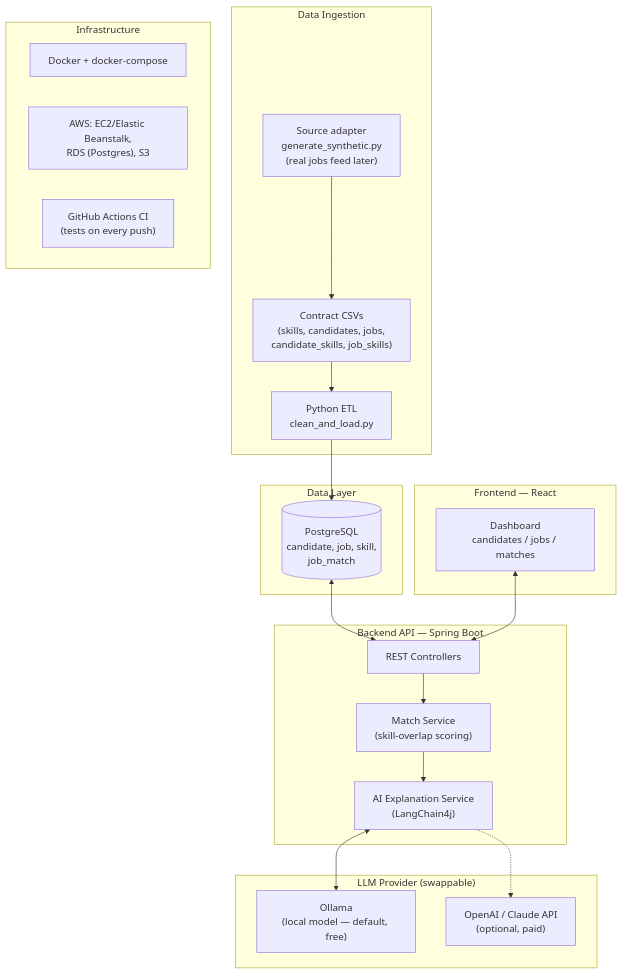
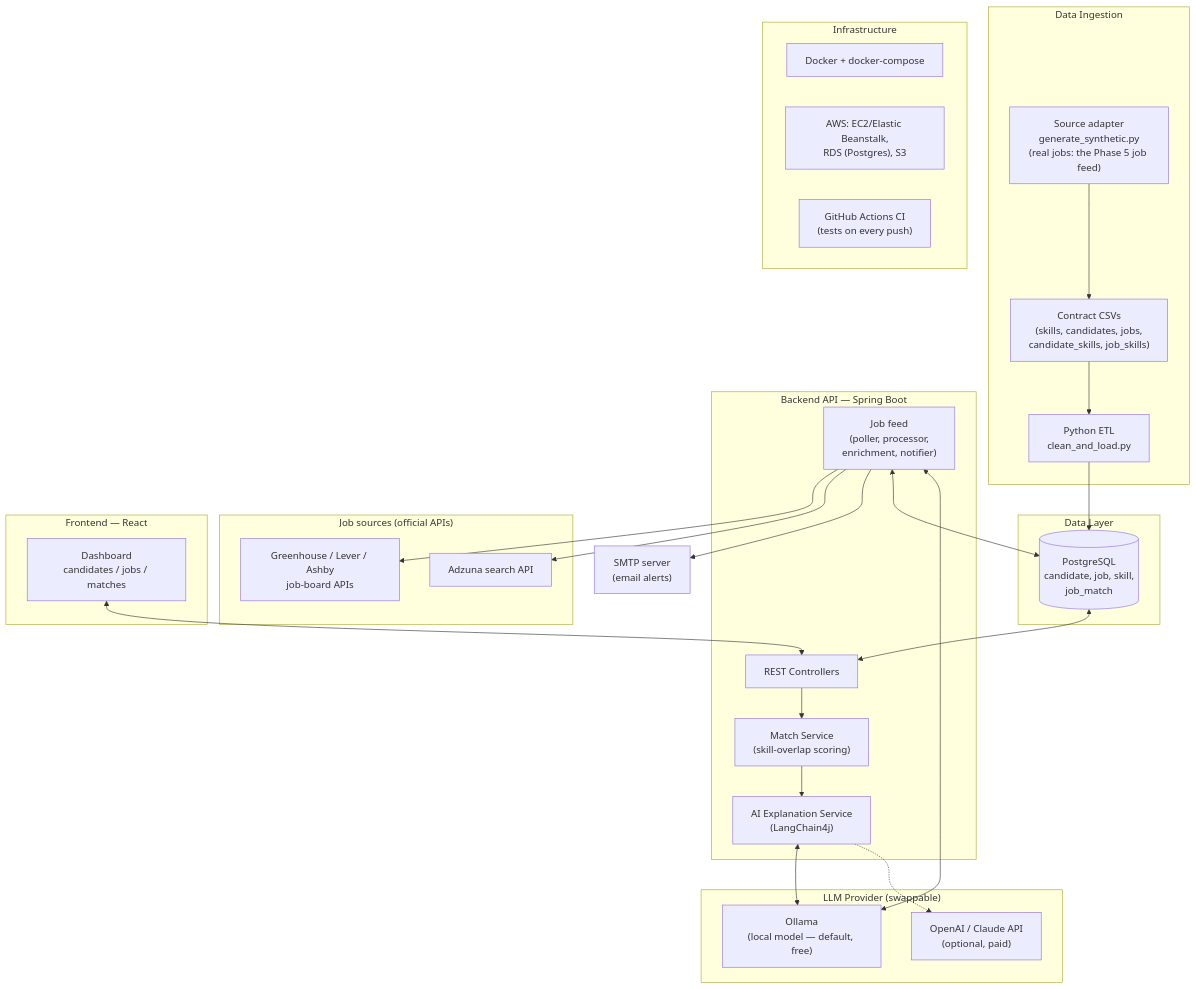
One commit to SeanXIV/talentmatch-ai changed the diagram in ARCHITECTURE.md. Above: the diagram before and after it, drawn with Mermaid. The commit also changed other lines of this file and 24 other files, not shown here.

````diff
--- a/ARCHITECTURE.md
+++ b/ARCHITECTURE.md
@@ -12,43 +12,56 @@
 ```mermaid
 flowchart TB
     subgraph Ingestion["Data Ingestion"]
-        GEN["Source adapter\ngenerate_synthetic.py\n(real jobs feed later)"]
+        GEN["Source adapter\ngenerate_synthetic.py\n(real jobs: the Phase 5 job feed)"]
         RAW["Contract CSVs\n(skills, candidates, jobs,\ncandidate_skills, job_skills)"]
         ETL["Python ETL\nclean_and_load.py"]
         GEN --> RAW
         RAW --> ETL
     end
 
     subgraph Data["Data Layer"]
         DB[("PostgreSQL\ncandidate, job, skill,\njob_match")]
     end
 
     subgraph Backend["Backend API — Spring Boot"]
         API["REST Controllers"]
         SVC["Match Service\n(skill-overlap scoring)"]
         AI["AI Explanation Service\n(LangChain4j)"]
+        FEED["Job feed\n(poller, processor,\nenrichment, notifier)"]
         API --> SVC
         SVC --> AI
     end
 
     subgraph External["LLM Provider (swappable)"]
         OLLAMA["Ollama\n(local model — default, free)"]
         HOSTED["OpenAI / Claude API\n(optional, paid)"]
     end
+
+    subgraph Boards["Job sources (official APIs)"]
+        ATS["Greenhouse / Lever / Ashby\njob-board APIs"]
+        ADZ["Adzuna search API"]
+    end
+
+    SMTP["SMTP server\n(email alerts)"]
 
     subgraph Frontend["Frontend — React"]
         UI["Dashboard\ncandidates / jobs / matches"]
     end
 
     ETL --> DB
     DB <--> API
     AI <--> OLLAMA
     AI -.-> HOSTED
     UI <--> API
+    FEED --> ATS
+    FEED --> ADZ
+    FEED --> SMTP
+    FEED <--> DB
+    FEED <--> OLLAMA
 
     subgraph Infra["Infrastructure"]
         DOCKER["Docker + docker-compose"]
         AWS["AWS: EC2/Elastic Beanstalk,\nRDS (Postgres), S3"]
         CI["GitHub Actions CI\n(tests on every push)"]
     end
 ```
````
